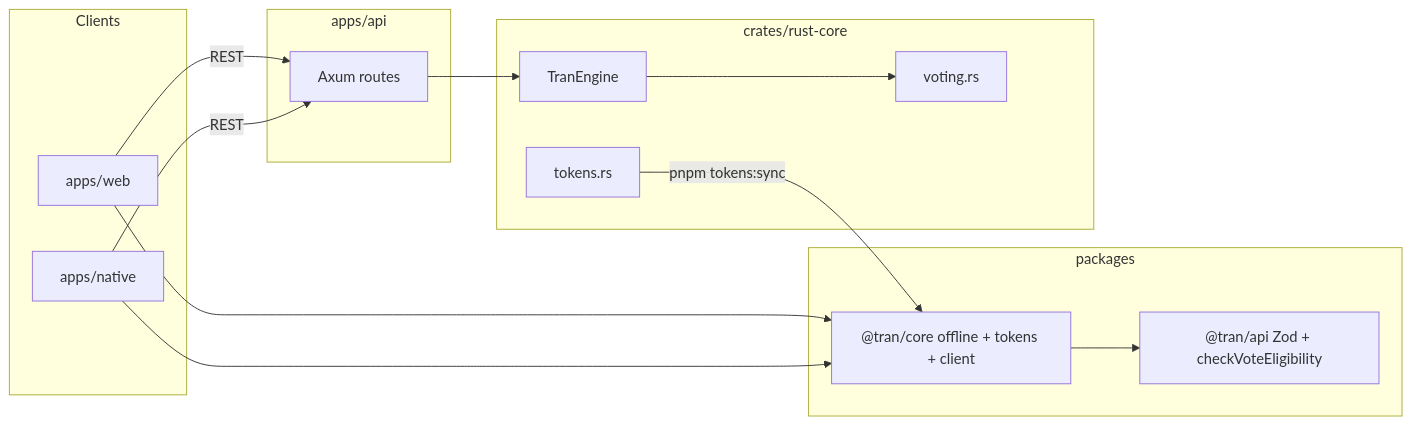
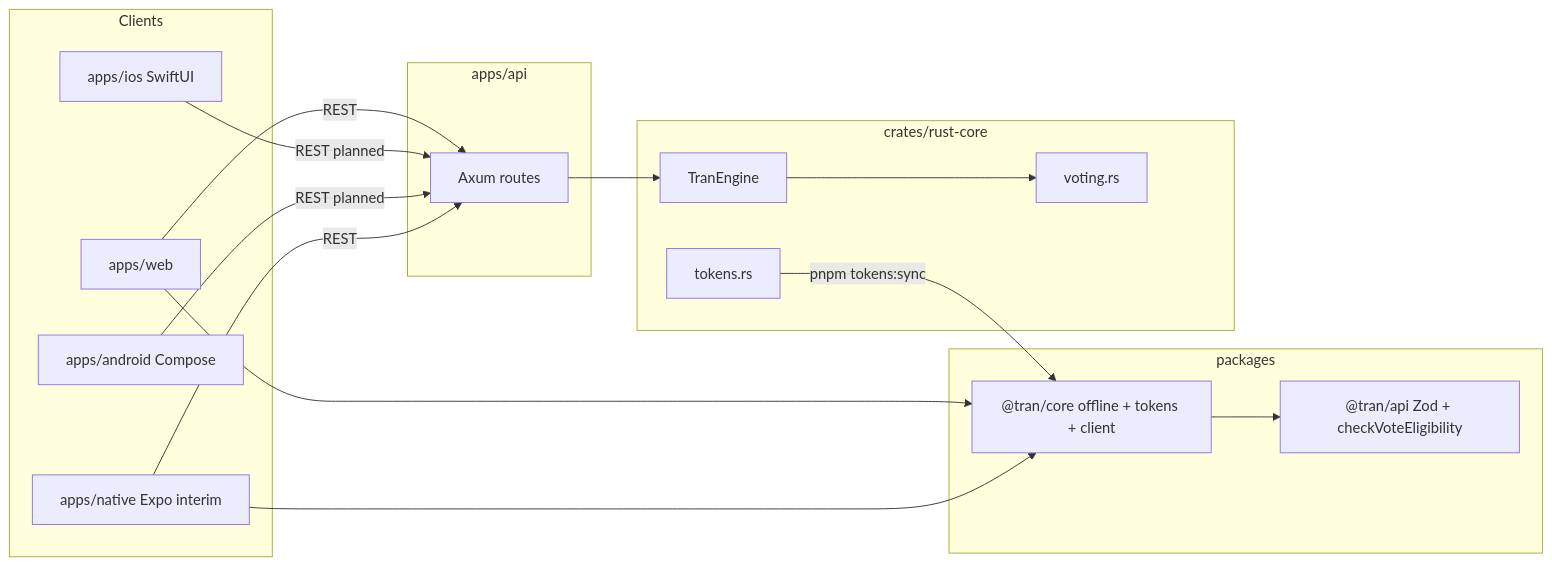
Before and after one commit to bishalg/create-TRAN: the diagram in docs/SAMPLE_APP.md, drawn with Mermaid. The commit also changed other lines of this file and 31 other files, not shown here.

First line of the commit message:
docs(stack): define N as Swift/Kotlin; scaffold native apps

````diff
--- a/docs/SAMPLE_APP.md
+++ b/docs/SAMPLE_APP.md
@@ -7,28 +7,32 @@
 ```mermaid
 flowchart LR
   subgraph clients [Clients]
     Web[apps/web]
-    Native[apps/native]
+    IOS[apps/ios SwiftUI]
+    Android[apps/android Compose]
+    LegacyRN[apps/native Expo interim]
   end
   subgraph shared [packages]
     CoreTS["@tran/core offline + tokens + client"]
     APIPkg["@tran/api Zod + checkVoteEligibility"]
   end
   subgraph backend [apps/api]
     Axum[Axum routes]
   end
   subgraph rust [crates/rust-core]
     Voting[voting.rs]
     Tokens[tokens.rs]
     Engine[TranEngine]
   end
 
   Web --> CoreTS
-  Native --> CoreTS
+  LegacyRN --> CoreTS
   CoreTS --> APIPkg
   Web -->|REST| Axum
-  Native -->|REST| Axum
+  IOS -->|REST planned| Axum
+  Android -->|REST planned| Axum
+  LegacyRN -->|REST| Axum
   Axum --> Engine
   Engine --> Voting
   Tokens -->|pnpm tokens:sync| CoreTS
 ```
````
